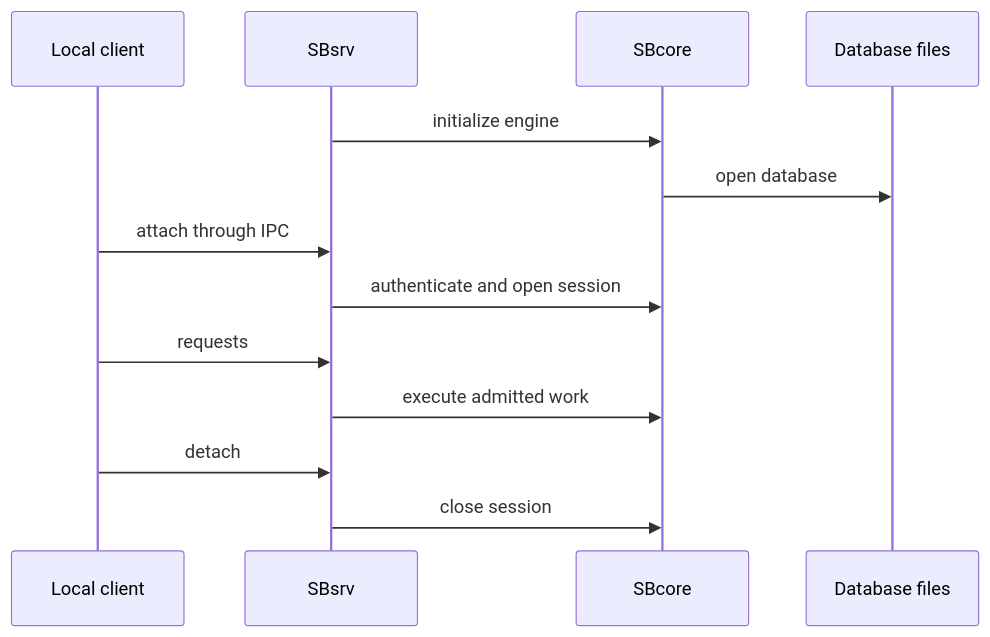
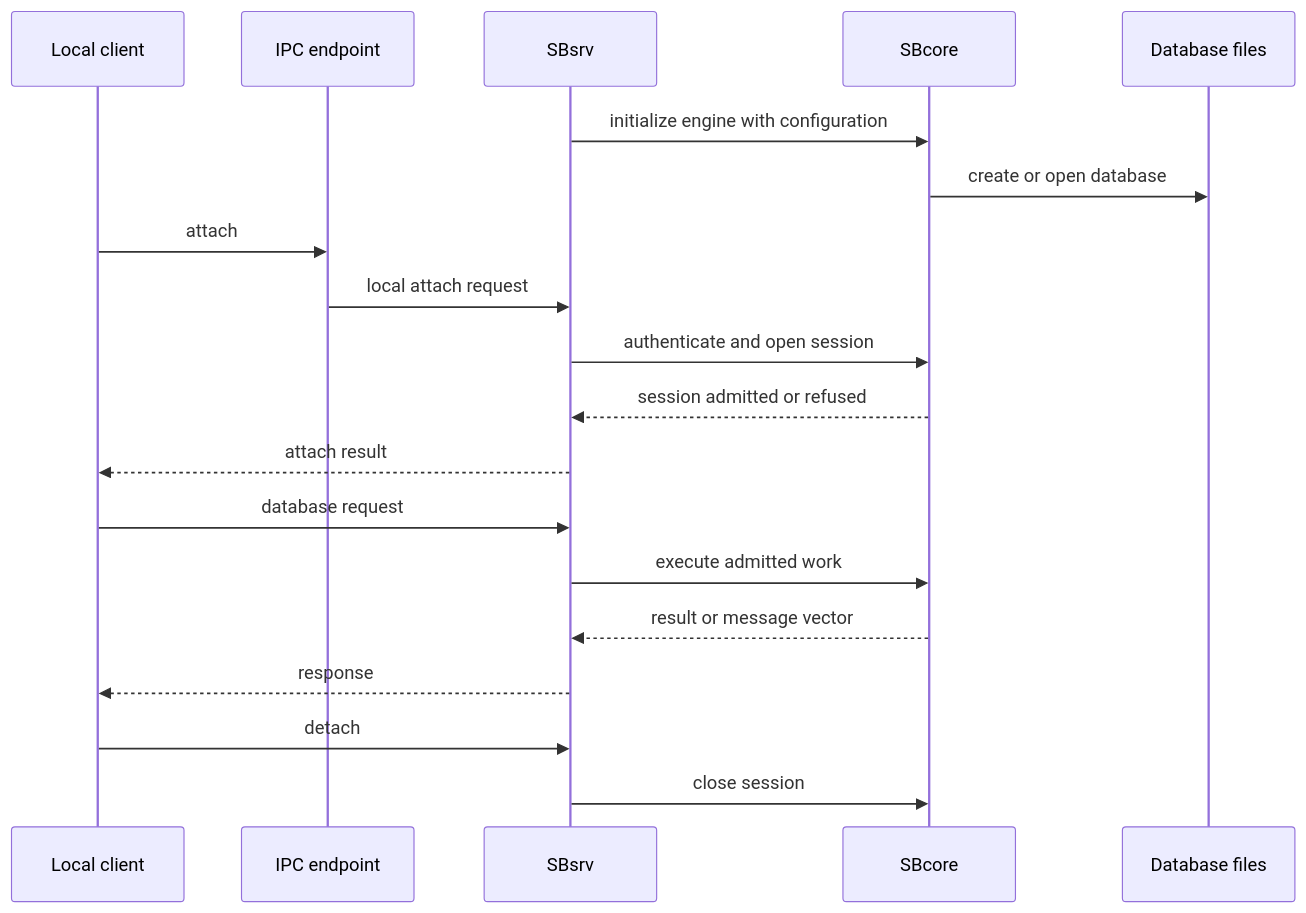
Before and after one commit to scratchbird-software-inc/ScratchBird: the second of 2 diagrams in docs/documentation/draft/Getting_Started/operating_modes/single_node_ipc_server.md, drawn with Mermaid. The commit also changed other lines of this file and 23 other files, not shown here.

````diff
--- a/docs/documentation/draft/Getting_Started/operating_modes/single_node_ipc_server.md
+++ b/docs/documentation/draft/Getting_Started/operating_modes/single_node_ipc_server.md
@@ -41,16 +57,22 @@
 ```mermaid
 sequenceDiagram
     participant Client as Local client
+    participant IPC as IPC endpoint
     participant Server as SBsrv
     participant Engine as SBcore
     participant Database as Database files
 
-    Server->>Engine: initialize engine
-    Engine->>Database: open database
-    Client->>Server: attach through IPC
+    Server->>Engine: initialize engine with configuration
+    Engine->>Database: create or open database
+    Client->>IPC: attach
+    IPC->>Server: local attach request
     Server->>Engine: authenticate and open session
-    Client->>Server: requests
+    Engine-->>Server: session admitted or refused
+    Server-->>Client: attach result
+    Client->>Server: database request
     Server->>Engine: execute admitted work
+    Engine-->>Server: result or message vector
+    Server-->>Client: response
     Client->>Server: detach
     Server->>Engine: close session
 ```
````
